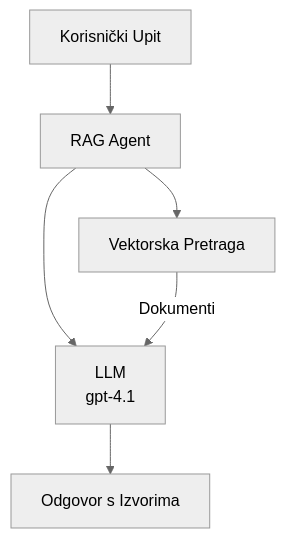
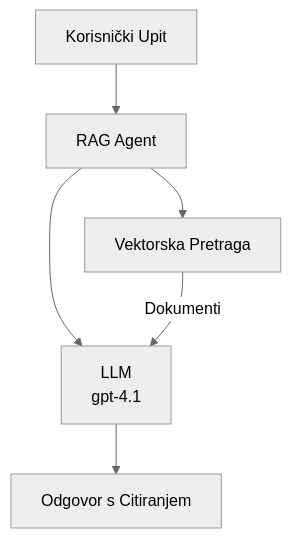
One commit to microsoft/AZD-for-beginners changed the second of 3 diagrams in translations/hr/docs/chapter-02-ai-development/agents.md. Above: the diagram before and after it, drawn with Mermaid (neutral theme). The commit also changed other lines of this file and 104 other files, not shown here.

````diff
--- a/translations/hr/docs/chapter-02-ai-development/agents.md
+++ b/translations/hr/docs/chapter-02-ai-development/agents.md
@@ -175,8 +181,8 @@
 ```mermaid
 graph TD
     Query[Korisnički Upit] --> RAG[RAG Agent]
     RAG --> Vector[Vektorska Pretraga]
     RAG --> LLM[LLM<br/>gpt-4.1]
     Vector -- Dokumenti --> LLM
-    LLM --> Response[Odgovor s Izvorima]
+    LLM --> Response[Odgovor s Citiranjem]
 ```
````
